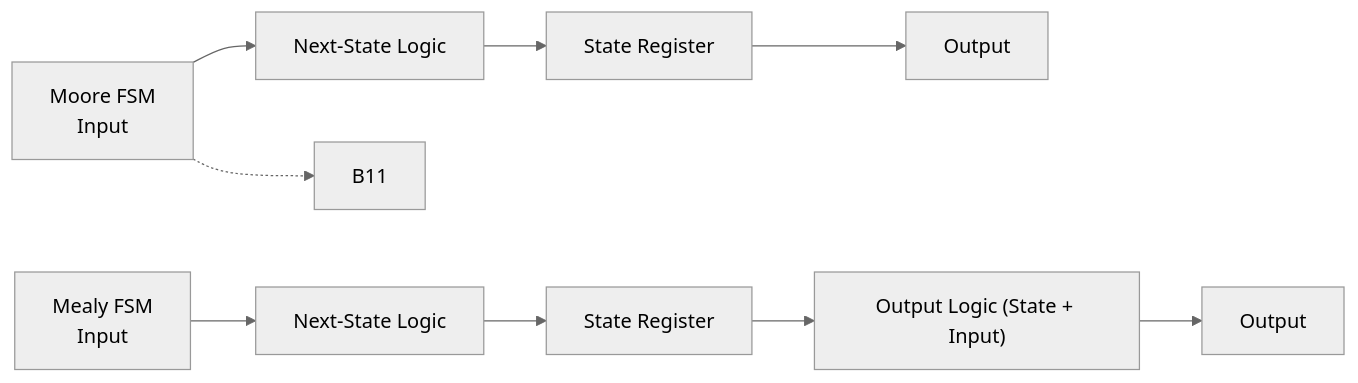
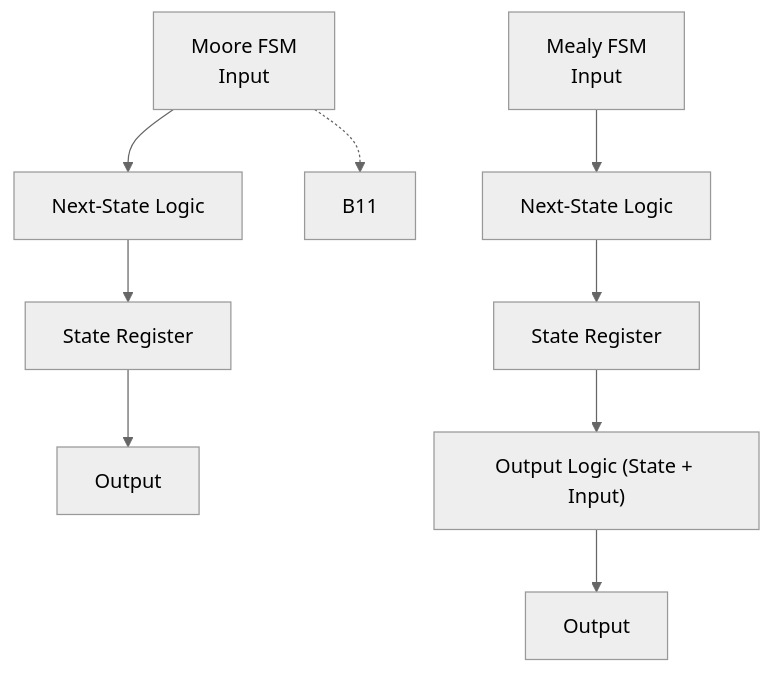
One commit to Samizo-AITL/Edusemi-v4x changed the third of 3 diagrams in chapter2_comb_logic/2.6_fsm_intro.md. Above: the diagram before and after it, drawn with Mermaid (neutral theme).

````diff
--- a/chapter2_comb_logic/2.6_fsm_intro.md
+++ b/chapter2_comb_logic/2.6_fsm_intro.md
@@ -92,16 +92,16 @@
 ```mermaid
-flowchart LR
+flowchart TD
     %% Moore FSM
     A1["Moore FSM<br>Input"] --> A2["Next-State Logic"]
     A2 --> A3["State Register"]
     A3 --> A4["Output"]
 
     %% Mealy FSM（右側）
     B1["Mealy FSM<br>Input"] --> B2["Next-State Logic"]
     B2 --> B3["State Register"]
     B3 --> B4["Output Logic (State + Input)"]
     B4 --> B5["Output"]
 
     %% invisible links to keep horizontal layout
     A1 -.-> B11
 ```    
````
